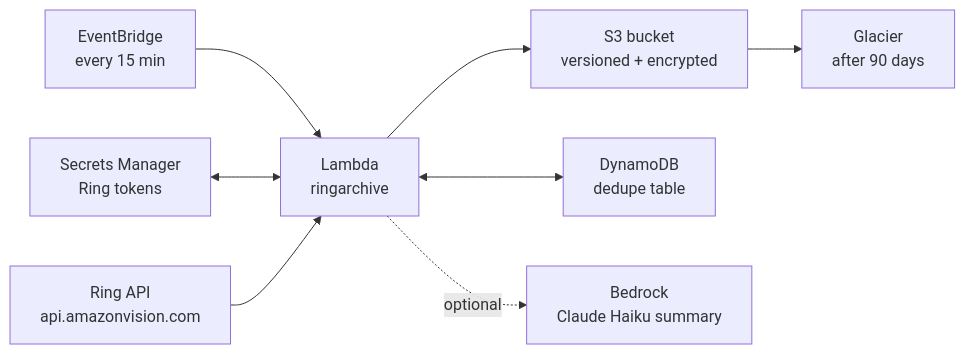
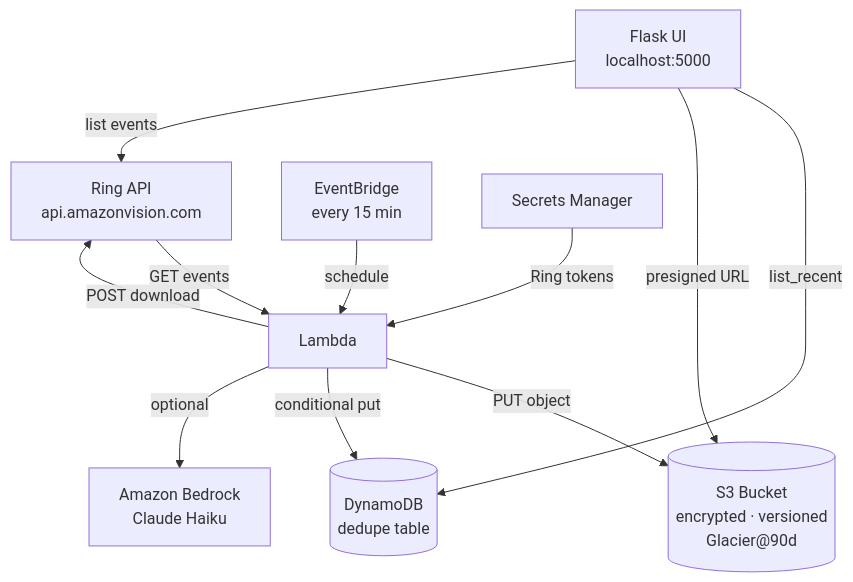
One commit to Kajdep/ringarchiver changed the diagram in README.md. Above: the diagram before and after it, drawn with Mermaid. The commit also changed other lines of this file and 9 other files, not shown here.

````diff
--- a/README.md
+++ b/README.md
@@ -25,10 +25,13 @@
 ```mermaid
-flowchart LR
-    EB[EventBridge\nevery 15 min] --> L[Lambda\nringarchive]
-    SM[Secrets Manager\nRing tokens] <--> L
-    RA[Ring API\napi.amazonvision.com] --> L
-    L --> S3[S3 bucket\nversioned + encrypted]
-    L <--> DDB[DynamoDB\ndedupe table]
-    S3 --> GL[Glacier\nafter 90 days]
-    L -.->|optional| BR[Bedrock\nClaude Haiku summary]
+graph TD
+    Ring[Ring API<br/>api.amazonvision.com] -->|GET events| Lambda
+    Lambda -->|POST download| Ring
+    Lambda -->|PUT object| S3[(S3 Bucket<br/>encrypted · versioned<br/>Glacier@90d)]
+    Lambda -->|conditional put| DDB[(DynamoDB<br/>dedupe table)]
+    Lambda -->|optional| Bedrock[Amazon Bedrock<br/>Claude Haiku]
+    EB[EventBridge<br/>every 15 min] -->|schedule| Lambda
+    SM[Secrets Manager] -->|Ring tokens| Lambda
+    UI[Flask UI<br/>localhost:5000] -->|list_recent| DDB
+    UI -->|presigned URL| S3
+    UI -->|list events| Ring
 ```
````
